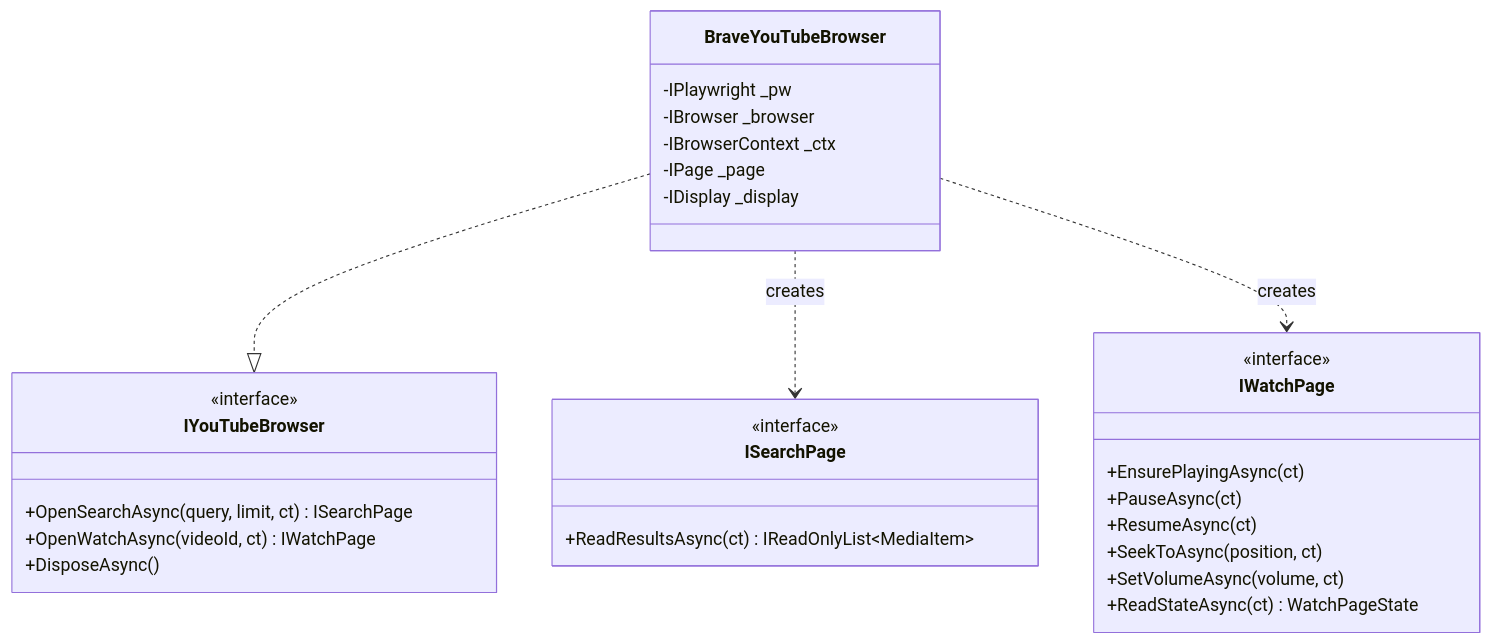
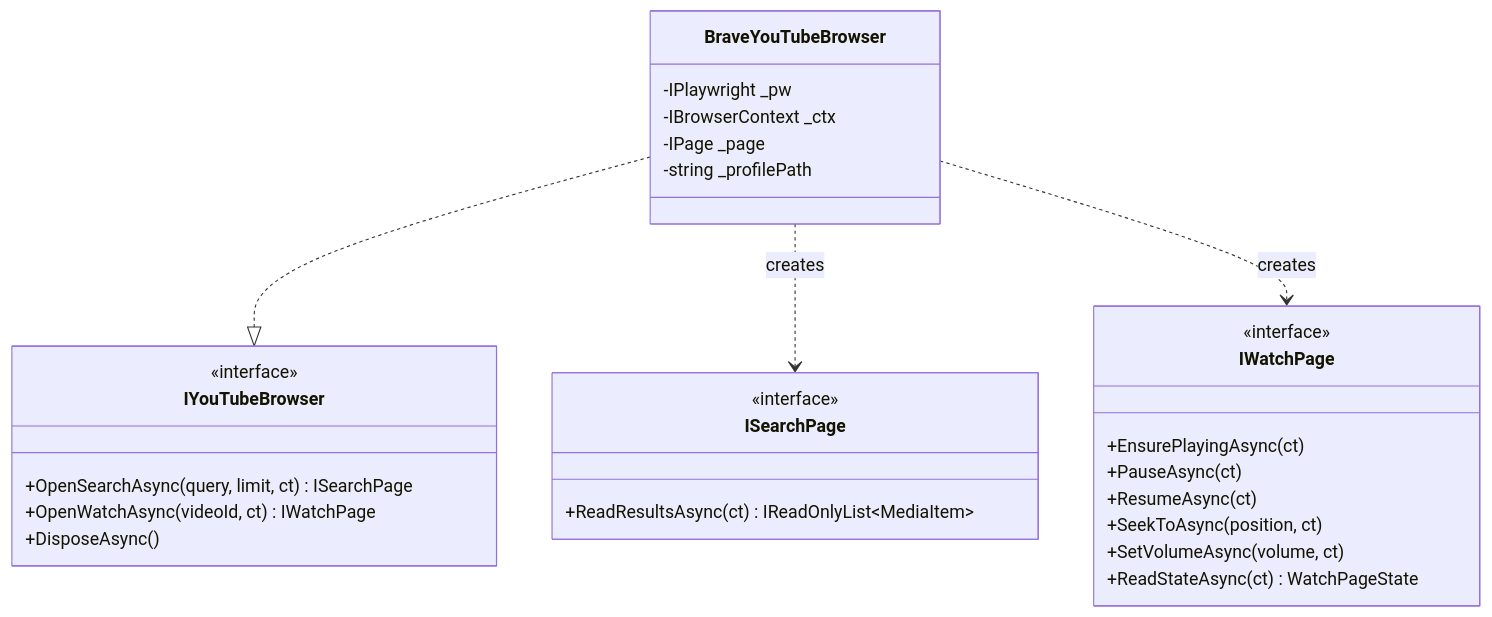
The second of 7 diagrams in doc/server-design.md (Yeti47/BluKube), drawn with Mermaid before and after one commit. The commit also changed other lines of this file and 17 other files, not shown here.

````diff
--- a/doc/server-design.md
+++ b/doc/server-design.md
@@ -68,32 +68,31 @@
 ```mermaid
 classDiagram
     class IYouTubeBrowser {
         <<interface>>
         +OpenSearchAsync(query, limit, ct) ISearchPage
         +OpenWatchAsync(videoId, ct) IWatchPage
         +DisposeAsync()
     }
     class ISearchPage {
         <<interface>>
         +ReadResultsAsync(ct) IReadOnlyList~MediaItem~
     }
     class IWatchPage {
         <<interface>>
         +EnsurePlayingAsync(ct)
         +PauseAsync(ct)
         +ResumeAsync(ct)
         +SeekToAsync(position, ct)
         +SetVolumeAsync(volume, ct)
         +ReadStateAsync(ct) WatchPageState
     }
     class BraveYouTubeBrowser {
         -IPlaywright _pw
-        -IBrowser _browser
         -IBrowserContext _ctx
         -IPage _page
-        -IDisplay _display
+        -string _profilePath
     }
     BraveYouTubeBrowser ..|> IYouTubeBrowser
     BraveYouTubeBrowser ..> ISearchPage : creates
     BraveYouTubeBrowser ..> IWatchPage : creates
 ```
````
